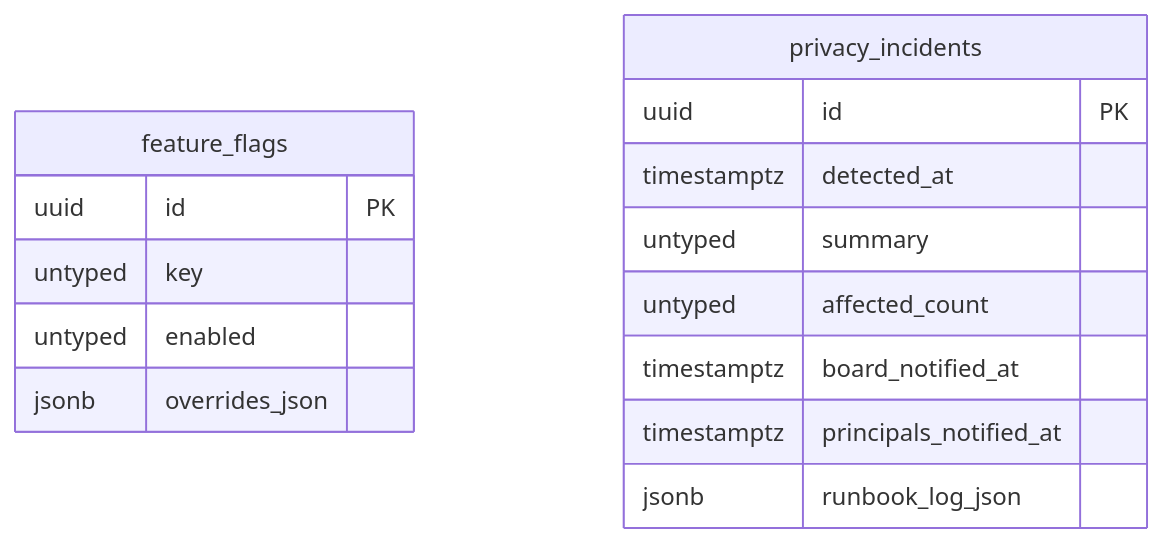
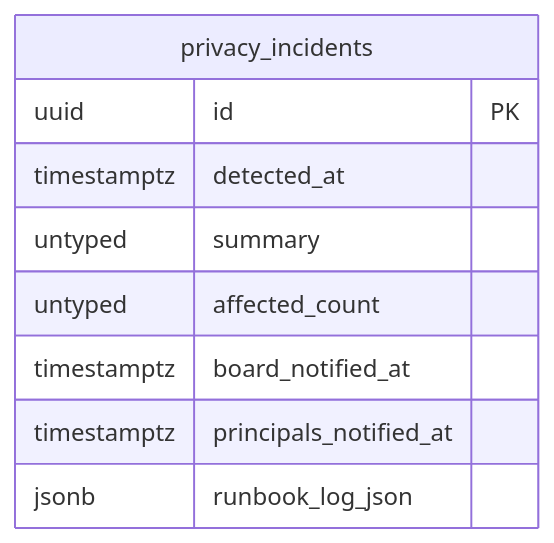
Before and after one commit to techaust/shakti_prime: diagram 16 of 16 in docs/data/erd.md, drawn with Mermaid. The commit also changed other lines of this file and 20 other files, not shown here.

````diff
--- a/docs/data/erd.md
+++ b/docs/data/erd.md
@@ -2276,18 +2296,12 @@
 ```mermaid
 erDiagram
-  feature_flags {
-    uuid id PK
-    untyped key
-    untyped enabled
-    jsonb overrides_json
-  }
   privacy_incidents {
     uuid id PK
     timestamptz detected_at
     untyped summary
     untyped affected_count
     timestamptz board_notified_at
     timestamptz principals_notified_at
     jsonb runbook_log_json
   }
 ```
````
